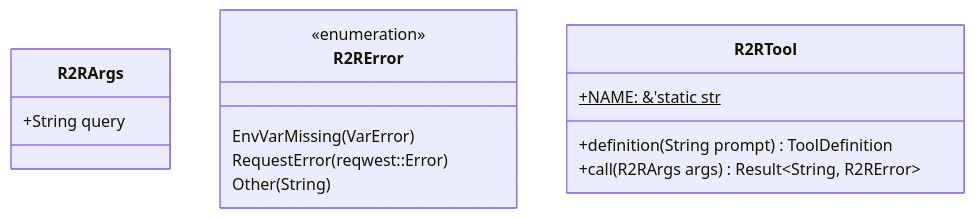
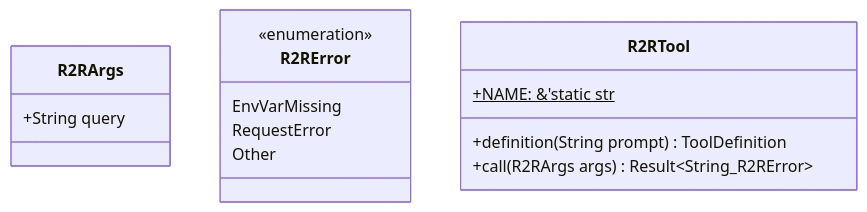
The first of 2 diagrams in .knowledge/src-infrastructure-tools-r2r.md (lgcorzo/fastapi-autogen-team), drawn with Mermaid before and after one commit. The commit also changed 6 other files, not shown here.

Commit message:
docs: fix mermaid render syntax errors in knowledge base and add node_modules to gitignore

````diff
--- a/.knowledge/src-infrastructure-tools-r2r.md
+++ b/.knowledge/src-infrastructure-tools-r2r.md
@@ -18,19 +18,19 @@
 ```mermaid
 classDiagram
     class R2RArgs {
         +String query
     }
 
     class R2RError {
         <<enumeration>>
-        EnvVarMissing(VarError)
-        RequestError(reqwest::Error)
-        Other(String)
+        EnvVarMissing
+        RequestError
+        Other
     }
 
     class R2RTool {
         +NAME: &'static str$
         +definition(String prompt) ToolDefinition
-        +call(R2RArgs args) Result~String, R2RError~
+        +call(R2RArgs args) Result~String_R2RError~
     }
 ```
````
